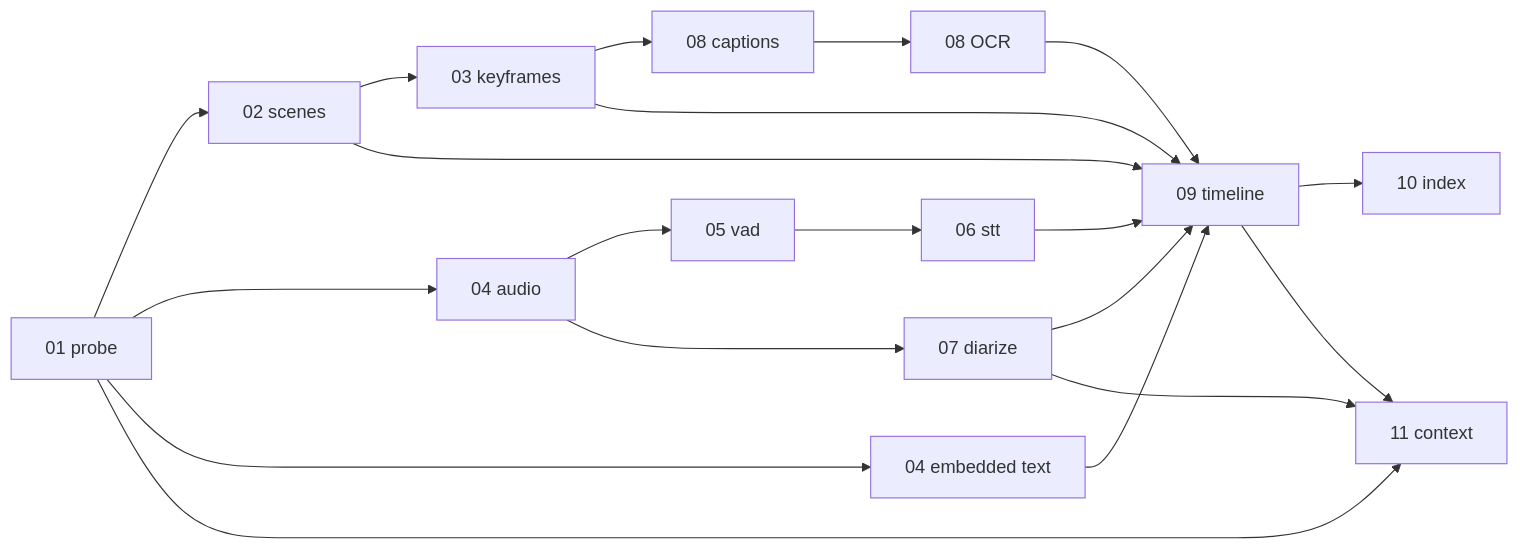
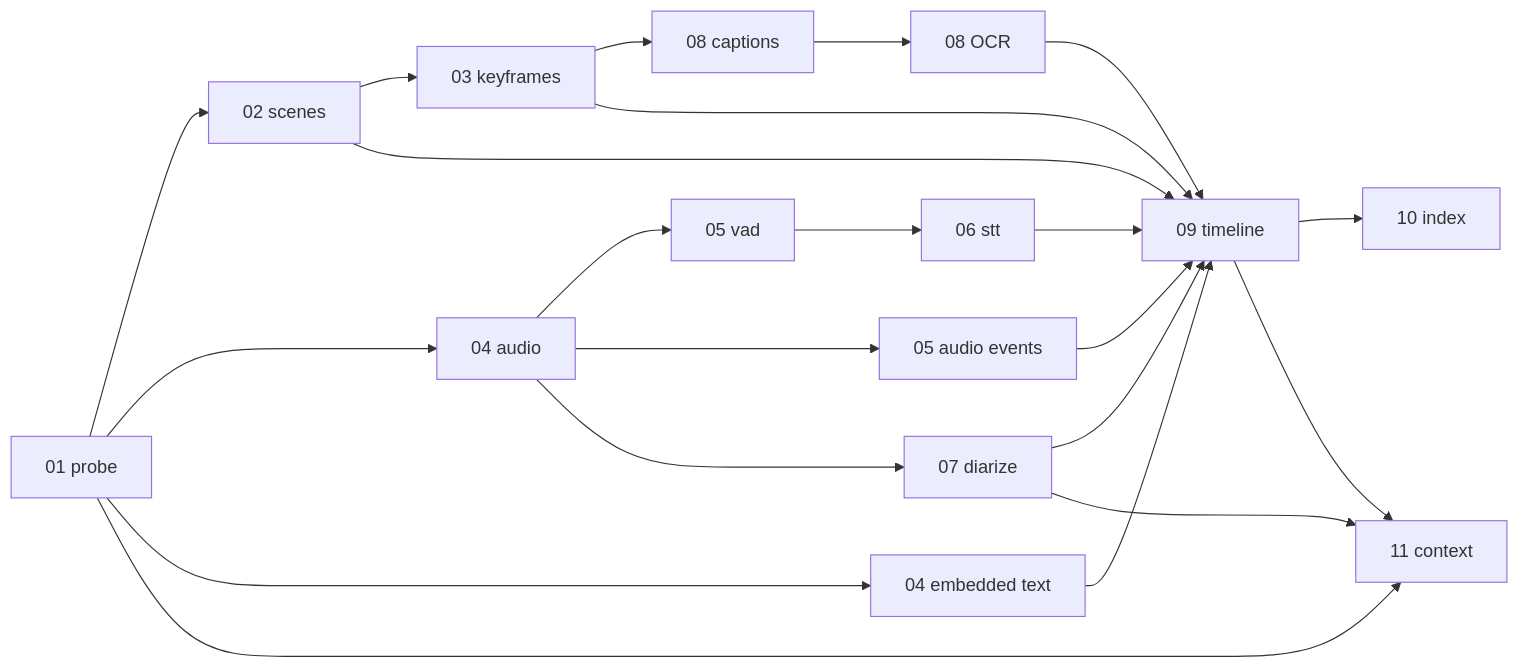
The second of 2 diagrams in docs/06-target-architecture.md (haesookimDev/video-preprocess), drawn with Mermaid before and after one commit. The commit also changed other lines of this file and 36 other files, not shown here.

````diff
--- a/docs/06-target-architecture.md
+++ b/docs/06-target-architecture.md
@@ -164,18 +164,20 @@
 ```mermaid
 flowchart LR
     S01[01 probe] --> S02[02 scenes] --> S03[03 keyframes] --> S08C[08 captions]
     S08C --> S08O[08 OCR]
     S01 --> S04[04 audio] --> S05[05 vad] --> S06[06 stt]
+    S04 --> S05E[05 audio events]
     S01 --> S04T[04 embedded text]
     S04 --> S07[07 diarize]
     S02 --> S09[09 timeline]
     S03 --> S09
     S06 --> S09
     S07 --> S09
     S08O --> S09
     S04T --> S09
+    S05E --> S09
     S09 --> S10[10 index]
     S01 --> S11[11 context]
     S07 --> S11
     S09 --> S11
 ```
````
